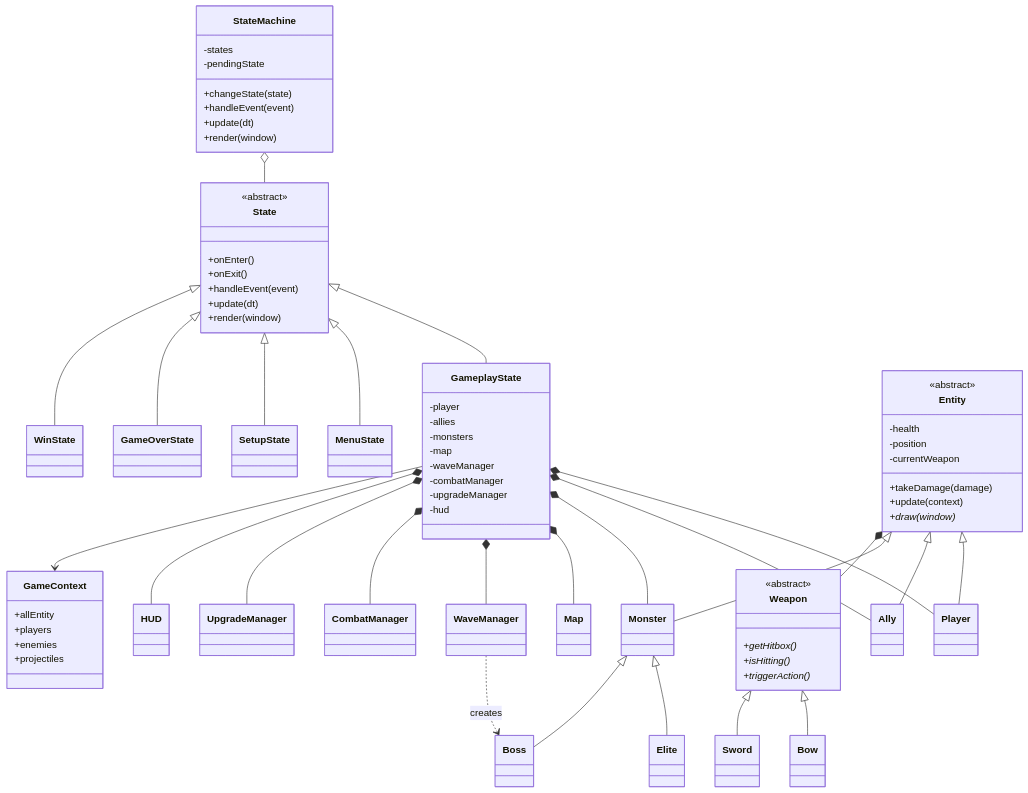
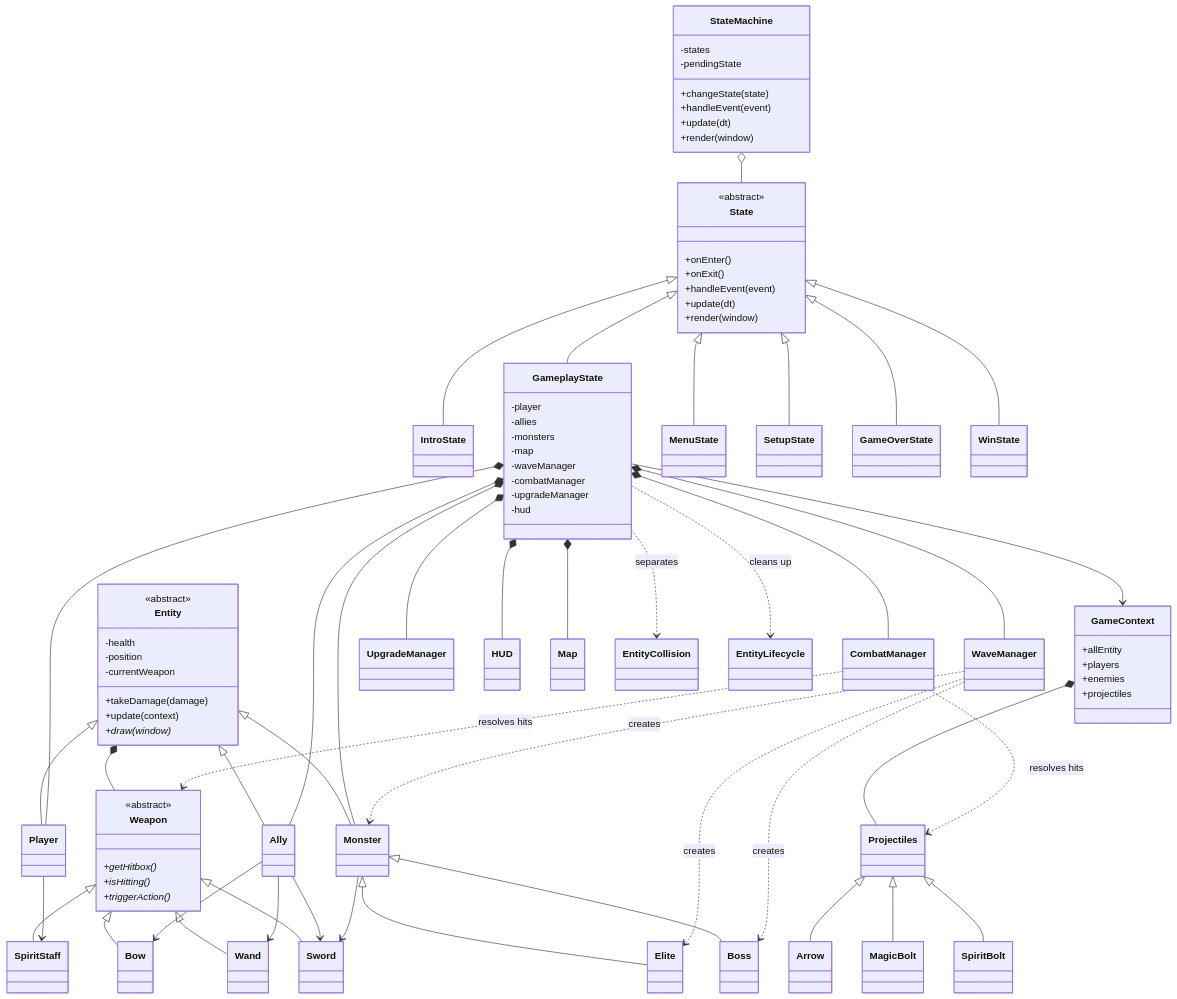
Before and after one commit to nhmhieu/Eternal-Siege: the first of 2 diagrams in docs/architecture.md, drawn with Mermaid. The commit also changed other lines of this file and 149 other files, not shown here.

````diff
--- a/docs/architecture.md
+++ b/docs/architecture.md
@@ -20,12 +20,14 @@
         +update(dt)
         +render(window)
     }
+    class IntroState
     class GameplayState
     class MenuState
     class SetupState
     class GameOverState
     class WinState
 
+    State <|-- IntroState
     State <|-- GameplayState
     State <|-- MenuState
     State <|-- SetupState
@@ -61,9 +63,20 @@
     }
     class Bow
     class Sword
+    class Wand
+    class SpiritStaff
+    class Projectiles
+    class Arrow
+    class MagicBolt
+    class SpiritBolt
     Weapon <|-- Bow
     Weapon <|-- Sword
+    Weapon <|-- Wand
+    Weapon <|-- SpiritStaff
     Entity *-- Weapon
+    Projectiles <|-- Arrow
+    Projectiles <|-- MagicBolt
+    Projectiles <|-- SpiritBolt
 
     class GameplayState {
         -player
@@ -86,6 +99,8 @@
     class UpgradeManager
     class HUD
     class Map
+    class EntityCollision
+    class EntityLifecycle
 
     GameplayState *-- Player
     GameplayState *-- Ally
@@ -96,5 +111,17 @@
     GameplayState *-- UpgradeManager
     GameplayState *-- HUD
     GameplayState --> GameContext
+    GameContext *-- Projectiles
+    GameplayState ..> EntityCollision : separates
+    GameplayState ..> EntityLifecycle : cleans up
+    WaveManager ..> Monster : creates
+    WaveManager ..> Elite : creates
     WaveManager ..> Boss : creates
+    CombatManager ..> Weapon : resolves hits
+    CombatManager ..> Projectiles : resolves hits
+    Player --> SpiritStaff
+    Ally --> Bow
+    Ally --> Wand
+    Ally --> Sword
+    Monster --> Sword
 ```
````
